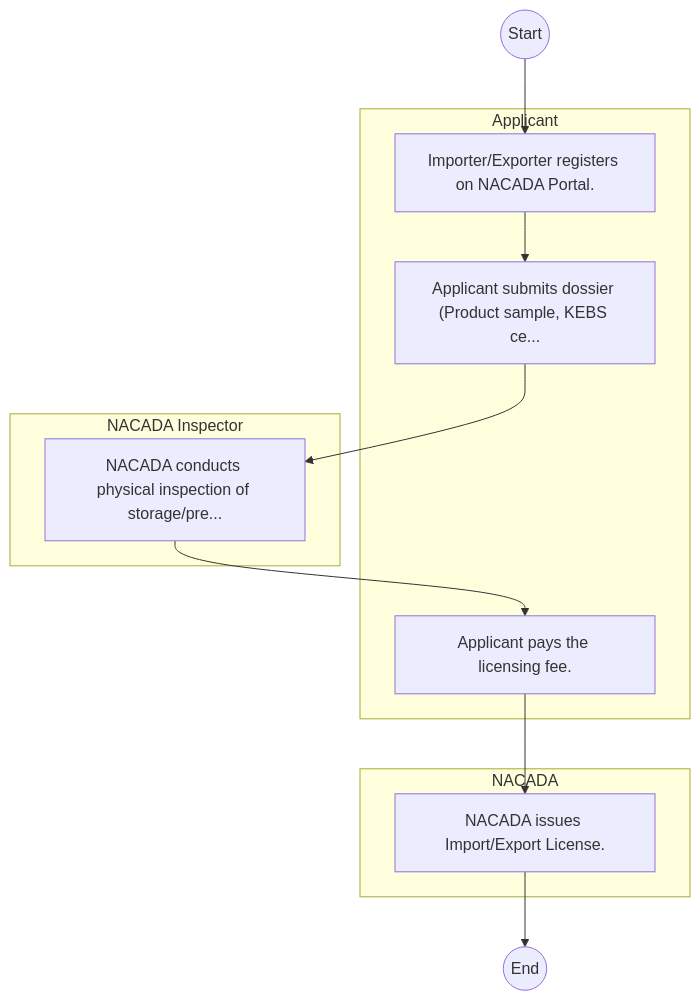
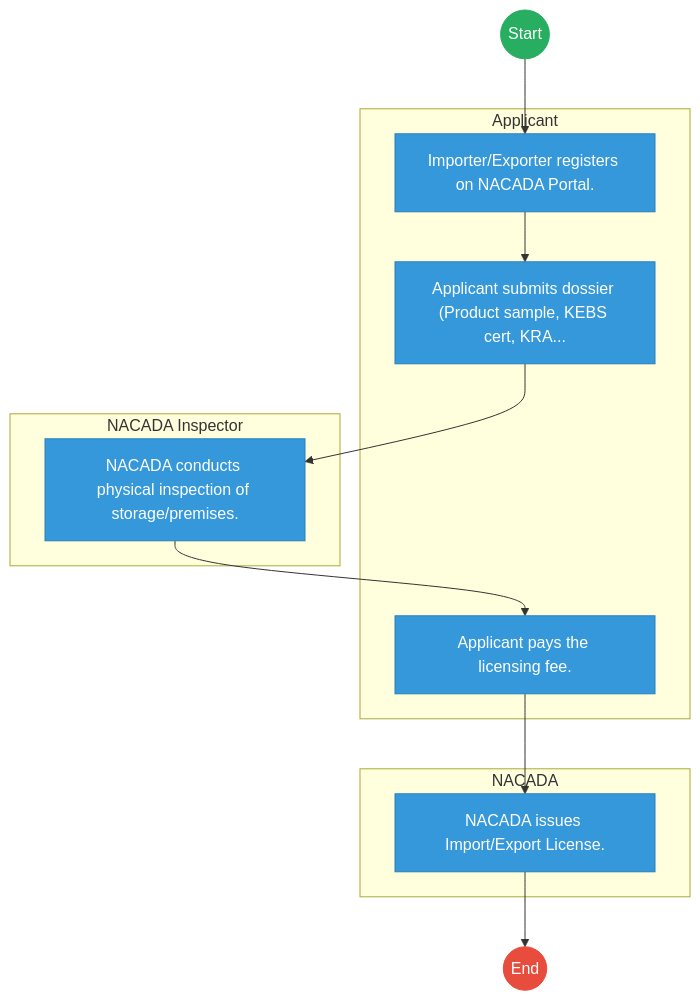
Before and after one commit to BITZ-IT-Consulting-LTD/ictapoc: the first of 2 diagrams in mdas/docs_final/National_Authority_for_the_Campaign_Against_Alcohol_And_Drug_Abuse___Service_Delivery.md, drawn with Mermaid. The commit also changed other lines of this file and 461 other files, not shown here.

````diff
--- a/mdas/docs_final/National_Authority_for_the_Campaign_Against_Alcohol_And_Drug_Abuse___Service_Delivery.md
+++ b/mdas/docs_final/National_Authority_for_the_Campaign_Against_Alcohol_And_Drug_Abuse___Service_Delivery.md
@@ -20,20 +20,32 @@
 ```mermaid
 graph TD
     Start((Start)) --> S1
+
     subgraph Applicant [Applicant]
         S1["Importer/Exporter registers on NACADA Portal."]
-        S2["Applicant submits dossier (Product sample, KEBS ce..."]
+        S2["Applicant submits dossier (Product sample, KEBS cert, KRA..."]
         S4["Applicant pays the licensing fee."]
     end
-    subgraph NACADAInspector [NACADA Inspector]
-        S3["NACADA conducts physical inspection of storage/pre..."]
+
+    subgraph NACADA_Inspector [NACADA Inspector]
+        S3["NACADA conducts physical inspection of storage/premises."]
     end
+
     subgraph NACADA [NACADA]
         S5["NACADA issues Import/Export License."]
     end
     S1 --> S2
     S2 --> S3
     S3 --> S4
     S4 --> S5
     S5 --> End((End))
+
+    classDef start fill:#27ae60,stroke:#27ae60,color:#fff;
+    classDef endNode fill:#e74c3c,stroke:#e74c3c,color:#fff;
+    classDef userTask fill:#3498db,stroke:#2980b9,color:#fff;
+    classDef serviceTask fill:#9b59b6,stroke:#8e44ad,color:#fff;
+
+    class Start start;
+    class End endNode;
+    class S1,S2,S3,S4,S5 userTask;
 ```
````
